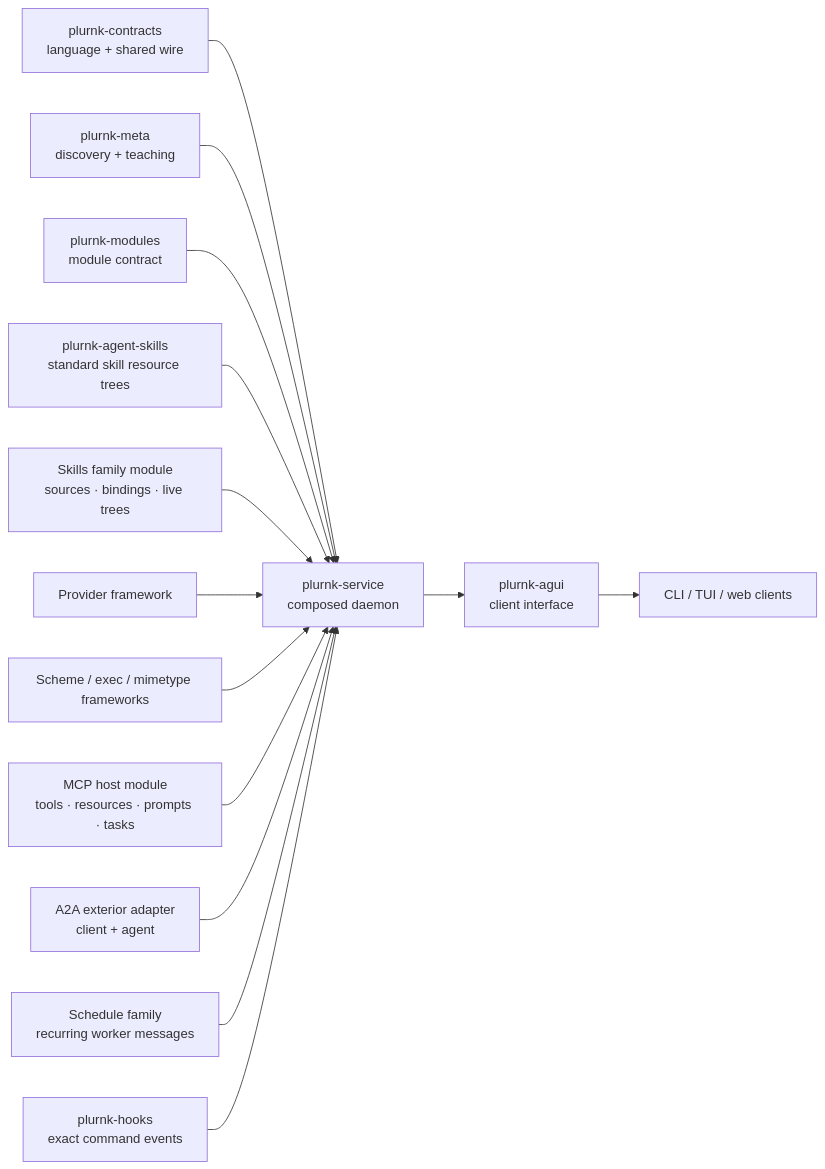
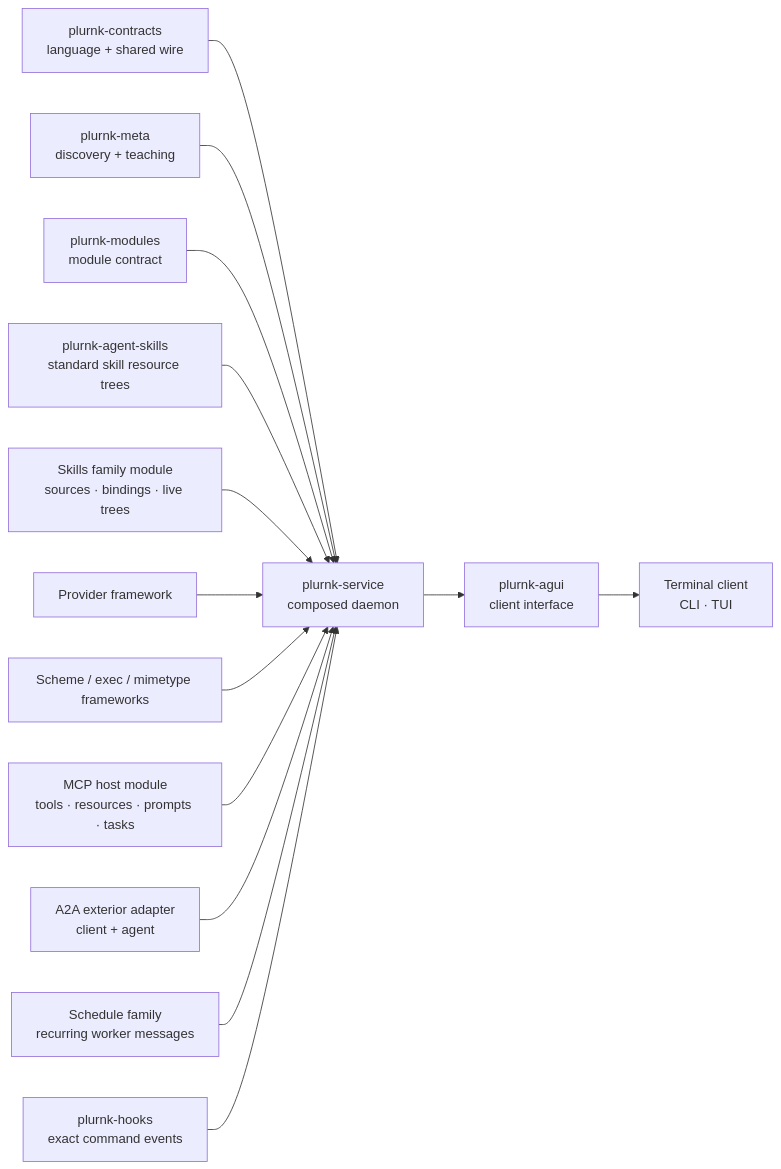
One commit to plurnk/plurnk-service changed the second of 5 diagrams in ARCHITECTURE.md. Above: the diagram before and after it, drawn with Mermaid. The commit also changed 1 other file, not shown here.

Commit message:
docs: the terminal client is the only client; the retired web client is no longer named (#1031)

````diff
--- a/ARCHITECTURE.md
+++ b/ARCHITECTURE.md
@@ -41,17 +41,17 @@
 ```mermaid
 flowchart LR
     contracts["plurnk-contracts<br/>language + shared wire"] --> core
     meta["plurnk-meta<br/>discovery + teaching"] --> core
     modules["plurnk-modules<br/>module contract"] --> core
     skills["plurnk-agent-skills<br/>standard skill resource trees"] --> core
     skillFamily["Skills family module<br/>sources · bindings · live trees"] --> core
     providers["Provider framework"] --> core
     frameworks["Scheme / exec / mimetype frameworks"] --> core
     mcp["MCP host module<br/>tools · resources · prompts · tasks"] --> core
     a2a["A2A exterior adapter<br/>client + agent"] --> core
     schedule["Schedule family<br/>recurring worker messages"] --> core
     hooks["plurnk-hooks<br/>exact command events"] --> core
     core["plurnk-service<br/>composed daemon"]
     core --> agui["plurnk-agui<br/>client interface"]
-    agui --> clients["CLI / TUI / web clients"]
+    agui --> clients["Terminal client<br/>CLI · TUI"]
 ```
````
